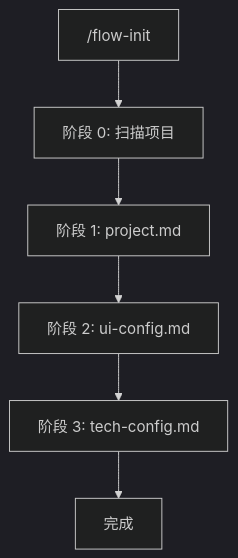
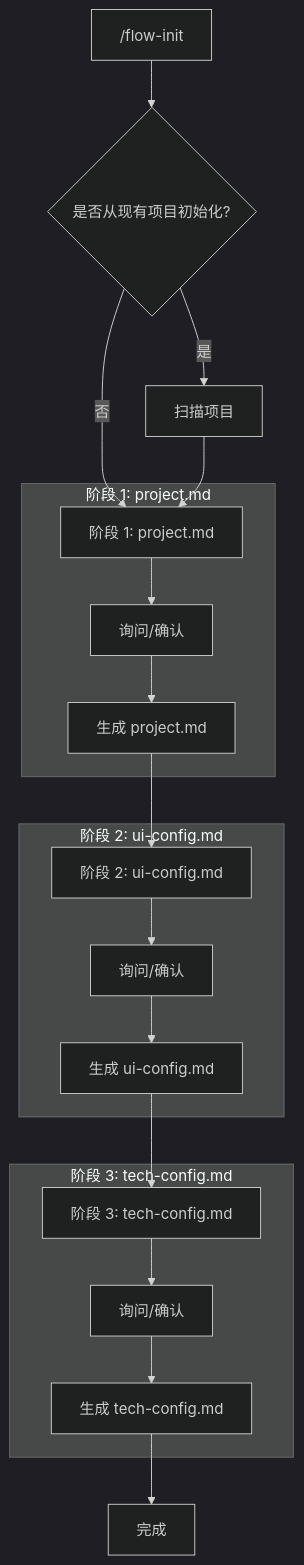
Before and after one commit to hakonleung/halo: the diagram in ai-coding/action-init.md, drawn with Mermaid (dark theme). The commit also changed other lines of this file and 4 other files, not shown here.

Commit message:
perf: ai coding flow

````diff
--- a/ai-coding/action-init.md
+++ b/ai-coding/action-init.md
@@ -13,8 +13,28 @@
 ```mermaid
 flowchart TD
-    A["/flow-init"] --> B["阶段 0: 扫描项目"]
-    B --> C["阶段 1: project.md"]
-    C --> D["阶段 2: ui-config.md"]
-    D --> E["阶段 3: tech-config.md"]
-    E --> F["完成"]
+    A["/flow-init"] --> B{"是否从现有项目初始化?"}
+    B -->|是| C["扫描项目"]
+    B -->|否| D["阶段 1: project.md"]
+    C --> D
+    
+    subgraph STAGE1["阶段 1: project.md"]
+        D --> D1["询问/确认"]
+        D1 --> D2["生成 project.md"]
+    end
+    
+    D2 --> E["阶段 2: ui-config.md"]
+    
+    subgraph STAGE2["阶段 2: ui-config.md"]
+        E --> E1["询问/确认"]
+        E1 --> E2["生成 ui-config.md"]
+    end
+    
+    E2 --> F["阶段 3: tech-config.md"]
+    
+    subgraph STAGE3["阶段 3: tech-config.md"]
+        F --> F1["询问/确认"]
+        F1 --> F2["生成 tech-config.md"]
+    end
+    
+    F2 --> G["完成"]
 ```
````
